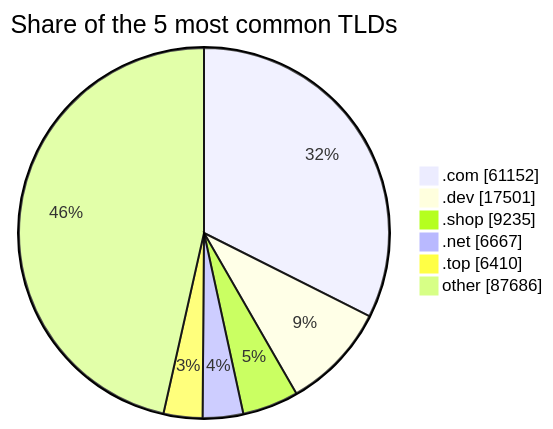
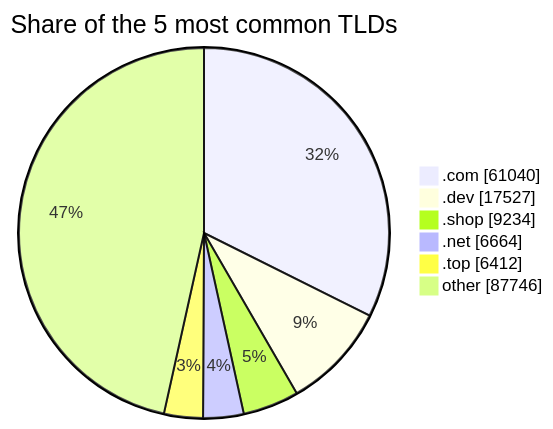
Before and after one commit to DNSBunker/CTI: the third of 3 diagrams in README.md, drawn with Mermaid. The commit also changed other lines of this file and 3 other files, not shown here.

````diff
--- a/README.md
+++ b/README.md
@@ -81,9 +81,9 @@
 ```mermaid
 pie showData title Share of the 5 most common TLDs
-    ".com" : 61152
-    ".dev" : 17501
-    ".shop" : 9235
-    ".net" : 6667
-    ".top" : 6410
-    "other" : 87686
+    ".com" : 61040
+    ".dev" : 17527
+    ".shop" : 9234
+    ".net" : 6664
+    ".top" : 6412
+    "other" : 87746
 ```
````
